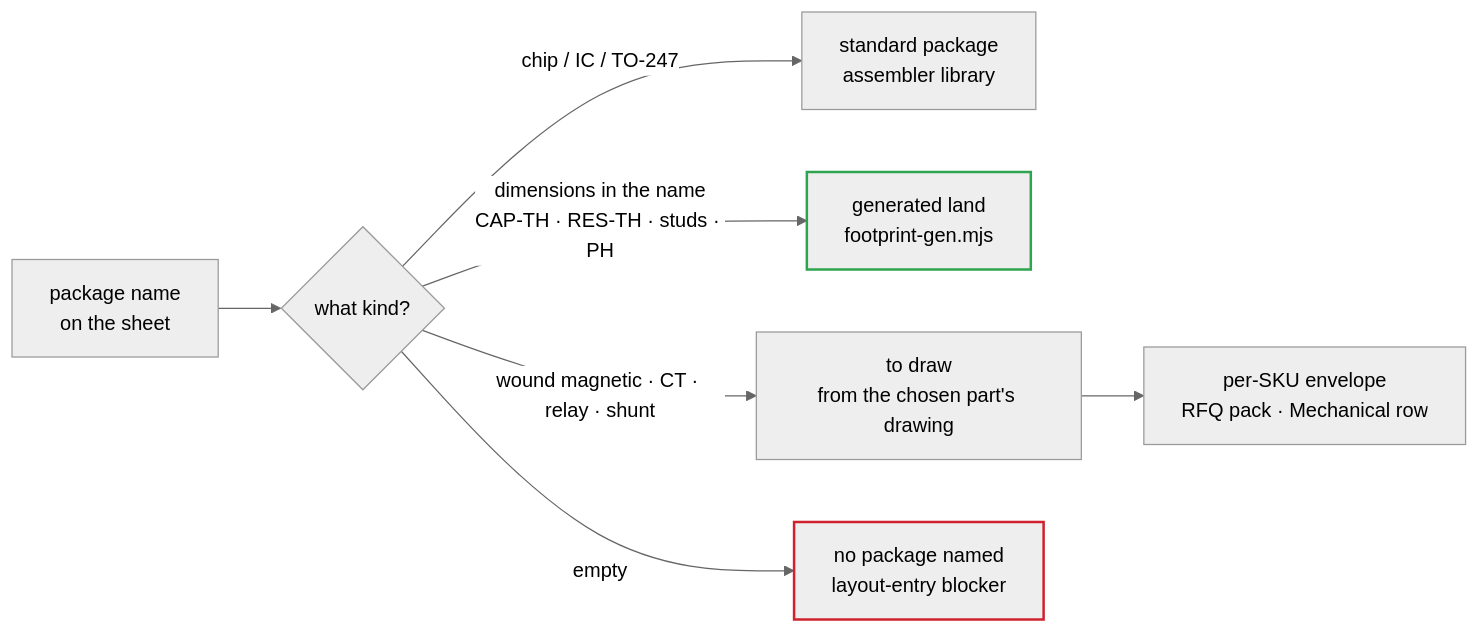
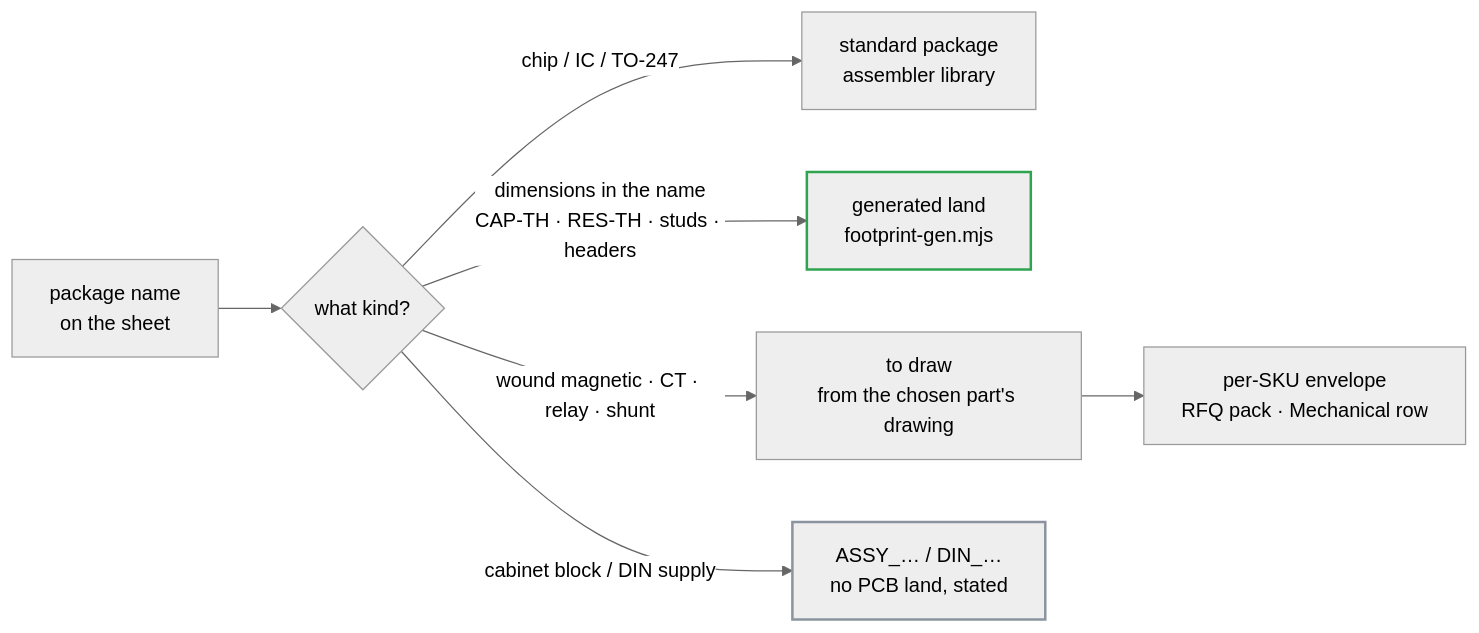
Before and after one commit to vectivolt/DC-Modules: the second of 2 diagrams in docs/footprints-to-draw.md, drawn with Mermaid (neutral theme). The commit also changed other lines of this file and 57 other files, not shown here.

````diff
--- a/docs/footprints-to-draw.md
+++ b/docs/footprints-to-draw.md
@@ -58,11 +64,11 @@
 ```mermaid
 flowchart LR
   N["package name<br/>on the sheet"] --> Q{"what kind?"}
   Q -- "chip / IC / TO-247" --> S["standard package<br/>assembler library"]
-  Q -- "dimensions in the name<br/>CAP-TH · RES-TH · studs · PH" --> G["generated land<br/>footprint-gen.mjs"]
+  Q -- "dimensions in the name<br/>CAP-TH · RES-TH · studs · headers" --> G["generated land<br/>footprint-gen.mjs"]
   Q -- "wound magnetic · CT · relay · shunt" --> D["to draw<br/>from the chosen part's drawing"]
-  Q -- "empty" --> X["no package named<br/>layout-entry blocker"]
+  Q -- "cabinet block / DIN supply" --> A["ASSY_… / DIN_…<br/>no PCB land, stated"]
   D --> P["per-SKU envelope<br/>RFQ pack · Mechanical row"]
-  style X stroke:#cf222e,stroke-width:2px
   style G stroke:#2ea44f,stroke-width:2px
+  style A stroke:#8b949e,stroke-width:2px
 ```
````
